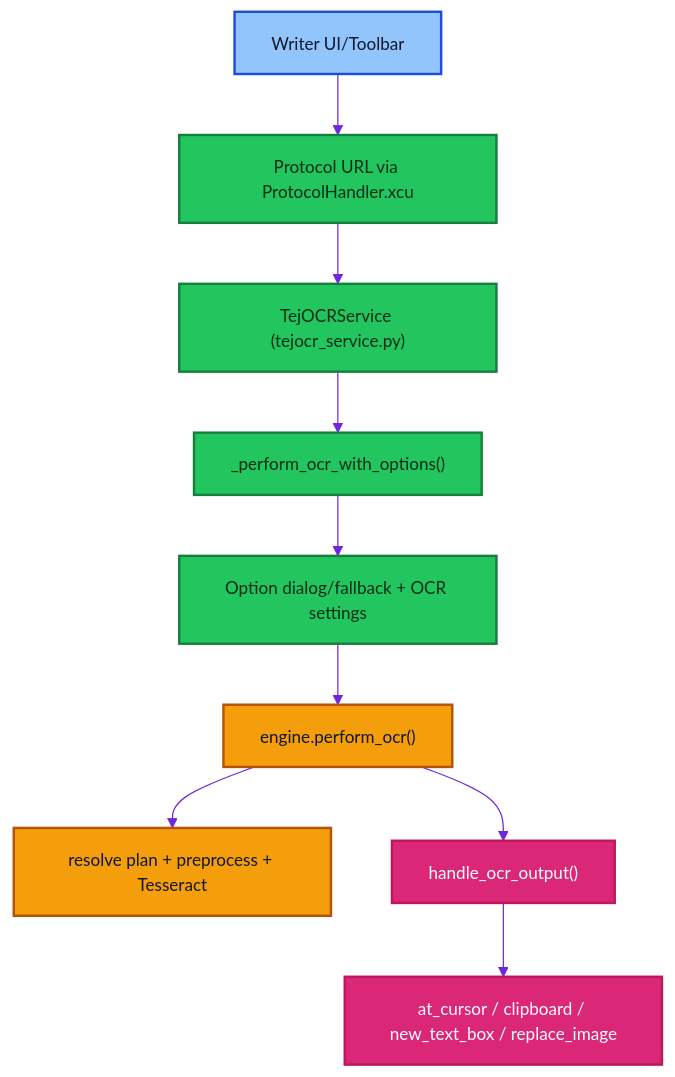
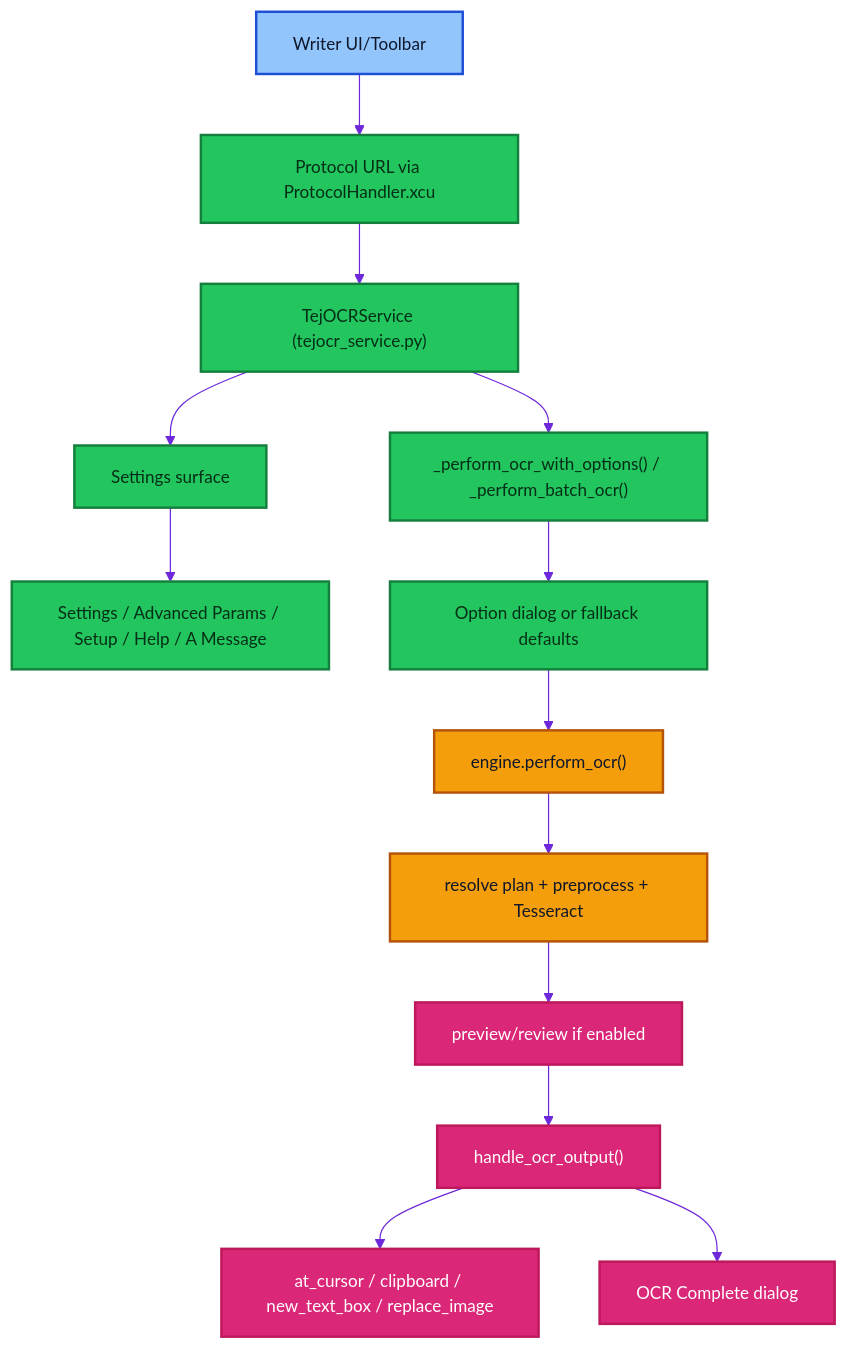
Before and after one commit to varshneydevansh/TejOCR: the first of 2 diagrams in README.md, drawn with Mermaid. The commit also changed other lines of this file and 34 other files, not shown here.

Commit message:
FIX: faster OCR and UI alignment complete

````diff
--- a/README.md
+++ b/README.md
@@ -82,25 +118,33 @@
 ```mermaid
 %%{init: {"theme":"base","themeVariables":{"lineColor":"#6d28d9","fontSize":"14px","fontFamily":"Inter, Segoe UI, Arial","nodeTextColor":"#111827","textColor":"#111827","lineWidth":"2","signalColor":"#0f766e"}}}%%
 flowchart TD
   A["Writer UI/Toolbar"] --> B["Protocol URL via ProtocolHandler.xcu"]
   B --> C["TejOCRService (tejocr_service.py)"]
-  C --> D["_perform_ocr_with_options()"]
-  D --> E["Option dialog/fallback + OCR settings"]
-  E --> F["engine.perform_ocr()"]
-  F --> G["resolve plan + preprocess + Tesseract"]
-  F --> H["handle_ocr_output()"]
-  H --> I["at_cursor / clipboard / new_text_box / replace_image"]
+  C --> D["Settings surface"]
+  D --> D1["Settings / Advanced Params / Setup / Help / A Message"]
+  C --> E["_perform_ocr_with_options() / _perform_batch_ocr()"]
+  E --> F["Option dialog or fallback defaults"]
+  F --> G["engine.perform_ocr()"]
+  G --> H["resolve plan + preprocess + Tesseract"]
+  H --> I["preview/review if enabled"]
+  I --> J["handle_ocr_output()"]
+  J --> K["at_cursor / clipboard / new_text_box / replace_image"]
+  J --> L["OCR Complete dialog"]
   classDef ui fill:#93c5fd,color:#0f172a,stroke:#1d4ed8,stroke-width:2px;
   classDef service fill:#22c55e,color:#052e16,stroke:#15803d,stroke-width:2px;
   classDef engine fill:#f59e0b,color:#0f172a,stroke:#b45309,stroke-width:2px;
   classDef output fill:#db2777,color:#ffffff,stroke:#be185d,stroke-width:2px;
   class A ui;
   class B service;
   class C service;
   class D service;
+  class D1 service;
   class E service;
-  class F engine;
+  class F service;
   class G engine;
-  class H output;
+  class H engine;
   class I output;
+  class J output;
+  class K output;
+  class L output;
 ```
````
